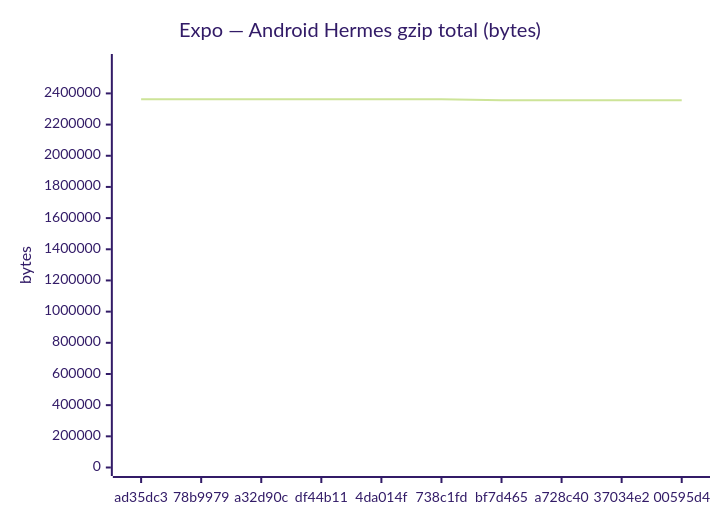
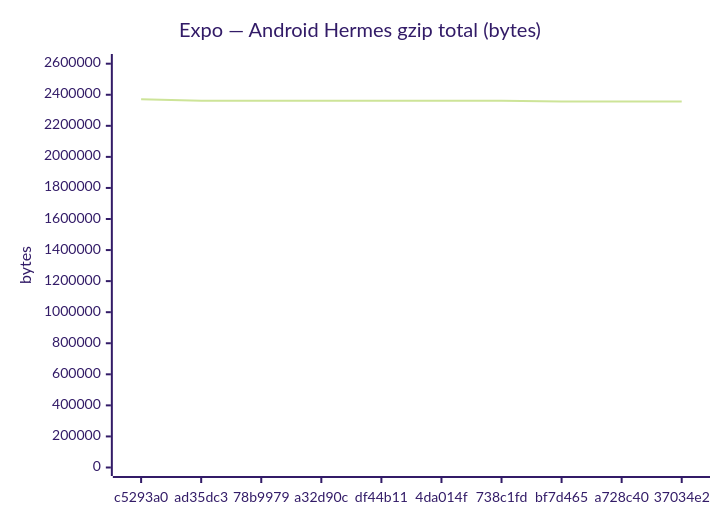
Before and after one commit to Metaheurist/Rianell: the seventh of 24 diagrams in benchmarks/compare.md, drawn with Mermaid (forest theme). The commit also changed other lines of this file and 14 other files, not shown here.

````diff
--- a/benchmarks/compare.md
+++ b/benchmarks/compare.md
@@ -116,7 +116,7 @@
 ```mermaid
 xychart-beta
     title "Expo — Android Hermes gzip total (bytes)"
-    x-axis ["ad35dc3", "78b9979", "a32d90c", "df44b11", "4da014f", "738c1fd", "bf7d465", "a728c40", "37034e2", "00595d4"]
-    y-axis "bytes" 0 --> 2598293
-    line [2362082, 2362084, 2362047, 2362047, 2362048, 2362047, 2356686, 2356685, 2356472, 2356474]
+    x-axis ["c5293a0", "ad35dc3", "78b9979", "a32d90c", "df44b11", "4da014f", "738c1fd", "bf7d465", "a728c40", "37034e2"]
+    y-axis "bytes" 0 --> 2607698
+    line [2370634, 2362082, 2362084, 2362047, 2362047, 2362048, 2362047, 2356686, 2356685, 2356472]
 ```
````
